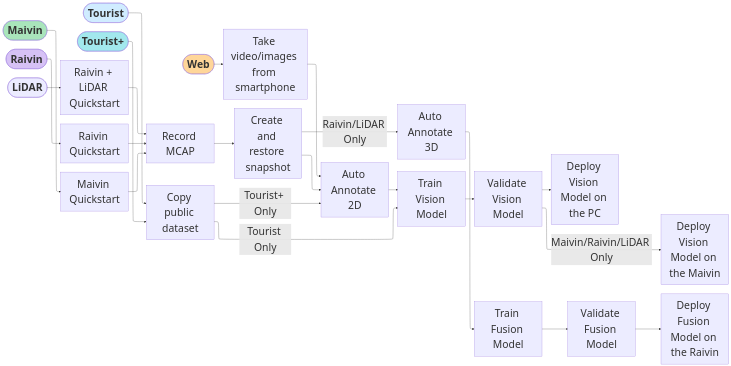
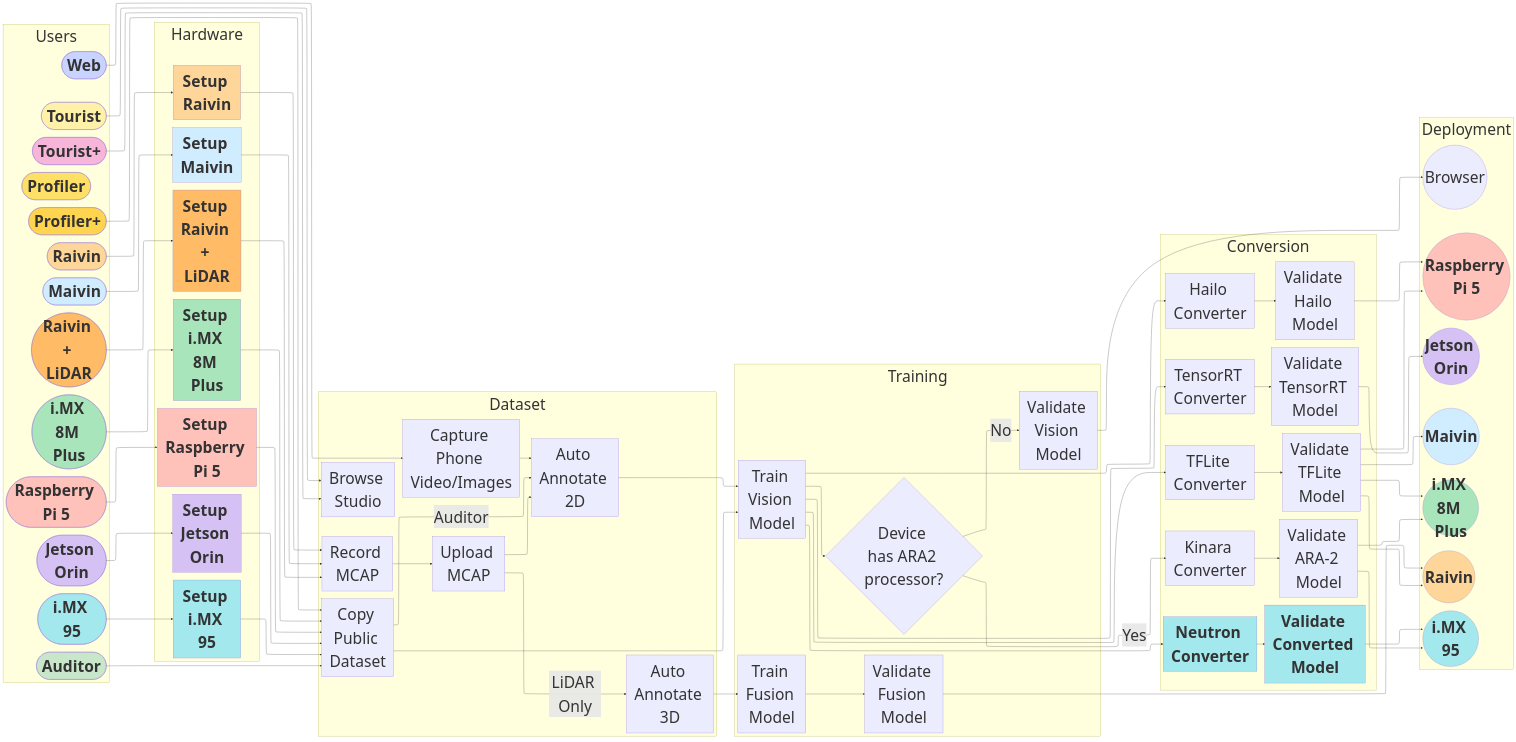
The second of 2 diagrams in docs/getting_started/workflows/index.md (EdgeFirstAI/documentation), drawn with Mermaid before and after one commit. The commit also changed other lines of this file and 780 other files, not shown here.

````diff
--- a/docs/getting_started/workflows/index.md
+++ b/docs/getting_started/workflows/index.md
@@ -75,68 +120,260 @@
 ```mermaid
-%%{init: {"flowchart": {"defaultRenderer": "elk"}} }%%
-%%{init: {"themeVariables": { "fontSize": "40px" }}}%%
+%%{init: {"flowchart": {"defaultRenderer": "elk", "nodeSpacing": 60, "rankSpacing": 80}, "elk": {"algorithm": "layered", "elk.spacing.nodeNode": 40, "elk.layered.spacing.nodeNodeBetweenLayers": 80}, "themeVariables": { "fontSize": "60px" }} }%%
 flowchart LR
-    %% User Definitions
-    tourist([Tourist]):::blue
-    tourist_plus([Tourist+]):::teal
-    web_user([Web]):::orange
-    maivin_user([Maivin]):::green
-    raivin_user([Raivin]):::purple
-    raivin_lidar_user([LiDAR]):::coral
+    %% ---------------- USERS ----------------
+    subgraph Users
+    direction TB
+    users_pad[" "]:::invisible
+    tourist([Tourist]):::yellow
+    click tourist "tourist" "Open Tourist Workflow"
 
+    tourist_plus([Tourist+]):::pink
+    click tourist_plus "tourist_plus" "Open Tourist Plus Workflow"
+
+    profiler_user([Profiler]):::gold
+    click profiler_user "profiler" "Open Profiler Workflow"
+
+    profiler_plus_user([Profiler+]):::amber
+    click profiler_plus_user "profiler_plus" "Open Profiler Plus Workflow"
+
+    auditor_user([Auditor]):::sage
+    click auditor_user "auditor" "Open Auditor Workflow"
+
+    web_user([Web]):::indigo
+    click web_user "web" "Open Web Workflow"
+
+    maivin_user([Maivin]):::blue
+    click maivin_user "/platforms/quickstart/maivin/" "Open Maivin Workflow"
+
+    raivin_user([Raivin]):::orange
+    click raivin_user "/platforms/quickstart/raivin/" "Open Raivin Workflow"
+
+    raivin_lidar_user([Raivin + LiDAR]):::darker_orange
+
+    imx8mp_user([i.MX 8M Plus]):::green
+    click imx8mp_user "/platforms/quickstart/imx8mplus/" "Open i.MX 8M Plus Workflow"
+
+    imx95_user([i.MX 95]):::teal
+    click imx95_user "/platforms/quickstart/imx95/" "Open i.MX 95 Workflow"
+
+    orin_user([Jetson Orin]):::purple
+    click orin_user "/platforms/quickstart/jetson_orin/" "Open Jetson Orin Workflow"
+
+    pi_user([Raspberry Pi 5]):::coral
+    click pi_user "/platforms/quickstart/raspberrypi/" "Open Raspberry Pi Workflow"
+    end
+
+    %% ---------------- HARDWARE ----------------
+    subgraph Hardware
+    direction TB
+    setup_pad[" "]:::invisible
+    raivin_lidar_setup[Setup Raivin + LiDAR]:::darker_orange
+    click raivin_lidar_setup "../../platforms/quickstart/raivin/setup" "Open Raivin Setup"
+
+    raivin_setup[Setup Raivin]:::orange
+    click raivin_setup "../../platforms/quickstart/raivin/setup" "Open Raivin Setup"
+
+    maivin_setup[Setup Maivin]:::blue
+    click maivin_setup "../../platforms/quickstart/maivin/setup" "Open Maivin Setup"
+
+    imx8mp_setup[Setup i.MX 8M Plus]:::green
+    click imx8mp_setup "../../platforms/quickstart/imx8mplus/setup" "Open i.MX 8M Plus Setup"
+
+    imx95_setup[Setup i.MX 95]:::teal
+    click imx95_setup "../../platforms/quickstart/imx95/setup" "Open i.MX 95 Setup"
+
+    orin_setup[Setup Jetson Orin]:::purple
+    click orin_setup "../../platforms/quickstart/jetson_orin/setup" "Open Jetson Orin Setup"
+
+    pi_setup[Setup Raspberry Pi 5]:::coral
+    click pi_setup "../../platforms/quickstart/raspberrypi/setup" "Open Raspberry Pi Setup"
+    end
+
+    %% ---------------- DATA ----------------
+    subgraph Dataset
+    direction TB
+    record_mcap[Record MCAP]
+    click record_mcap "../../datasets/tutorials/capture/#record-mcap" "Record MCAP"
+
+    capture[Capture Phone Video/Images]
+    click capture "../../datasets/tutorials/capture/#capture-with-a-phone" "Capture Phone Video/Images"
+    
+    snapshot[Upload MCAP]
+    click snapshot "../../datasets/tutorials/capture/#upload-mcap" "Upload MCAP"
+
+    copy_dataset[Copy Public Dataset]
+    click copy_dataset "../copy_dataset" "Copy Public Dataset"
+
+    audit_2d[Auto Annotate 2D]
+    click audit_2d "../../datasets/tutorials/annotations/automatic/" "Auto Annotate 2D"
+
+    audit_3d[Auto Annotate 3D]
+    click audit_3d "../../datasets/tutorials/annotations/automatic/" "Auto Annotate 3D"
+
+    browse_studio[Browse Studio]
+    end
+
+    %% ---------------- TRAINING + CONVERSION ----------------
+    subgraph TrainConvert[" "]
+    direction TB
+        %% ---------------- TRAINING ----------------
+        subgraph Training
+        direction TB
+        training_pad[" "]:::invisible
+        train_2d[Train Vision Model]
+        click train_2d "../../models/training/vision" "Open Training Vision"
+
+        ara2{Device has ARA2 processor?}
+        validate_2d[Validate Vision Model]
+        click validate_2d "../../models/validation/vision/user_managed" "Open Validating Vision"
+
+        train_3d[Train Fusion Model]
+        click train_3d "../../models/training/fusion" "Open Training Fusion"
+
+        validate_3d[Validate Fusion Model]
+        click validate_3d "../../models/validation/fusion/managed" "Open Validating Fusion"
+        training_pad_bottom[" "]:::invisible
+        end
+
+        %% ---------------- CONVERSION ----------------
+        subgraph Conversion
+        direction TB
+        conversion_pad[" "]:::invisible
+        tflite_converter[TFLite Converter]
+        click tflite_converter "../../models/conversion/tflite/" "Open TFLite Converter"
+
+        hailo_converter[Hailo Converter]
+        click hailo_converter "../../models/conversion/hailo/" "Open Hailo Converter"
+
+        tensorrt_converter[TensorRT Converter]
+        click tensorrt_converter "../../models/conversion/tensorrt/" "Open TensorRT Converter"
+
+        neutron_converter[Neutron Converter]:::teal
+        click neutron_converter "../../models/conversion/neutron/" "Open Neutron Converter"
+
+        kinara_converter[Kinara Converter]
+        click kinara_converter "../../models/conversion/ara2/" "Open Kinara Converter"
+
+        validate_tflite[Validate TFLite Model]
+        click validate_tflite "../../models/validation/vision/user_managed" "Open Validating Vision"
+
+        validate_hailo[Validate Hailo Model]
+        click validate_hailo "../../models/validation/vision/user_managed" "Open Validating Vision"
+
+        validate_tensorrt[Validate TensorRT Model]
+        click validate_tensorrt "../../models/validation/vision/user_managed" "Open Validating Vision"
+
+        validate_ara2[Validate ARA-2 Model]
+        click validate_ara2 "../../models/validation/vision/user_managed" "Open Validating Vision"
+
+        validate_imx95[Validate Converted Model]:::teal
+        click validate_imx95 "../../models/validation/vision/user_managed" "Open Validating Vision"
+        conversion_pad_bottom[" "]:::invisible
+        end
+    end
+
+    %% ---------------- DEPLOYMENT ----------------
+    subgraph Deployment
+    direction LR
+    deploy_pad[" "]:::invisible
+    raivin((Raivin)):::orange
+    click raivin "../../platforms/quickstart/raivin/deploy" "Open Raivin Deploy"
+
+    maivin((Maivin)):::blue
+    click maivin "../../platforms/quickstart/maivin/deploy" "Open Maivin Deploy"
+
+    imx8mp((i.MX 8M Plus)):::green
+    click imx8mp "../../platforms/quickstart/imx8mplus/deploy" "Open i.MX 8M Plus Deploy"
+
+    orin((Jetson Orin)):::purple
+    click orin "../../platforms/quickstart/jetson_orin/deploy" "Open Jetson Orin Deploy"
+
+    pi((Raspberry Pi 5)):::coral
+    click pi "../../platforms/quickstart/raspberrypi/deploy" "Open Raspberry Pi Deploy"
+
+    browser((Browser))
+    click browser "../../models/deployment/studio/" "Open Browser Deploy"
+
+    imx95((i.MX 95)):::teal
+    click imx95 "../../platforms/quickstart/imx95/deploy" "Open i.MX 95 Deploy"
+    deployment_pad_bottom[" "]:::invisible
+    end
+
+    %% ---------------- USER → SETUP ----------------
+    raivin_lidar_user --> raivin_lidar_setup
+    raivin_user --> raivin_setup
+    maivin_user --> maivin_setup
+    imx8mp_user --> imx8mp_setup
+    imx95_user --> imx95_setup
+    orin_user --> orin_setup
+    pi_user --> pi_setup
+
+    %% ---------------- SETUP → DATA ----------------
+    raivin_lidar_setup --> record_mcap
+    raivin_setup --> record_mcap
+    maivin_setup --> record_mcap
+    web_user --> capture
+
+    imx8mp_setup --> copy_dataset
+    imx95_setup --> copy_dataset
+    orin_setup --> copy_dataset
+    pi_setup --> copy_dataset
+    tourist --> browse_studio
+    tourist_plus --> browse_studio
+    auditor_user --> copy_dataset
+    profiler_plus_user --> copy_dataset
+
+    %% ---------------- DATA FLOW ----------------
+    record_mcap --> snapshot
+    snapshot --> audit_2d --> train_2d
+    snapshot -- LiDAR Only --> audit_3d --> train_3d
+
+    capture --> audit_2d
+    copy_dataset --> train_2d
+    copy_dataset -- Auditor --> audit_2d
+
+    %% ---------------- TRAINING PIPELINE ----------------
+    train_2d --> ara2
+    ara2 -- Yes --> kinara_converter --> validate_ara2
+    ara2 -- No --> validate_2d
+
+    train_2d --> neutron_converter --> validate_imx95
+    train_2d --> tflite_converter --> validate_tflite
+    train_2d --> hailo_converter --> validate_hailo
+    train_2d --> tensorrt_converter --> validate_tensorrt
+    train_3d --> validate_3d
+
+    %% ---------------- DEPLOYMENT ----------------
+    validate_2d --> browser
+    validate_tflite --> maivin
+    validate_tflite --> imx8mp
+    validate_tflite --> pi
+    validate_tflite --> raivin
+
+    validate_hailo --> pi
+
+    validate_tensorrt --> orin
+
+    validate_ara2 --> imx8mp
+    validate_ara2 --> imx95
+
+    validate_3d --> raivin
+    validate_imx95 --> imx95
+
+    %% ---------------- STYLES ----------------
+    classDef yellow fill:#fff2a8,font-weight:bold;
+    classDef pink fill:#f7b6d9,font-weight:bold;
+    classDef indigo fill:#c8d3ff,font-weight:bold;
     classDef blue fill:#d0ecff,font-weight:bold;
     classDef teal fill:#a2e8ed,font-weight:bold;
     classDef orange fill:#ffd699,font-weight:bold;
+    classDef darker_orange fill:#ffbb66,font-weight:bold;
     classDef green fill:#a9e5bb,font-weight:bold;
     classDef purple fill:#d6c1f5,font-weight:bold;
-    classDef coral fill:#ffc2b,font-weight:bold;
-    classDef all fill:#f0e6f5,font-weight:bold;
-
-    %% Hardware Definitions
-    raivin_lidar_hardware[Raivin + LiDAR Quickstart]
-    raivin_hardware[Raivin Quickstart]
-    maivin_hardware[Maivin Quickstart]
-
-    %% Dataset Definitions
-    record_mcap[Record MCAP]
-    capture[Take video/images from smartphone]
-    snapshot[Create and restore snapshot]
-    copy_dataset[Copy public dataset]
-    audit_3d[Auto Annotate 3D]
-    audit_2d[Auto Annotate 2D]
-
-    %% Model Definitions [train, validate, deploy 2D and 3D]
-    train_2d[Train Vision Model]
-    validate_2d[Validate Vision Model]
-    jupyter_2d[Deploy Vision Model on the PC]
-    maivin_2d[Deploy Vision Model on the Maivin]
-
-    train_3d[Train Fusion Model]
-    validate_3d[Validate Fusion Model]
-    raivin_3d[Deploy Fusion Model on the Raivin]
-
-    %% Flowchart Starting Points
-    raivin_lidar_user --> raivin_lidar_hardware --> record_mcap
-    raivin_user --> raivin_hardware --> record_mcap
-    maivin_user --> maivin_hardware --> record_mcap
-    web_user --> capture
-    tourist_plus --> copy_dataset
-    tourist --> copy_dataset
-
-    %% Flowchart Dataset Processes
-    record_mcap --> snapshot 
-    snapshot --> audit_2d --> train_2d
-    snapshot --Raivin/LiDAR Only--> audit_3d --> train_3d
-    capture --> audit_2d
-    copy_dataset --Tourist+ Only--> audit_2d 
-    copy_dataset --Tourist Only--> train_2d
-
-    %% Flowchart Model Processes
-    train_2d --> validate_2d 
-    validate_2d --> jupyter_2d
-    validate_2d --Maivin/Raivin/LiDAR Only--> maivin_2d
-    train_3d --> validate_3d --> raivin_3d
-
-    %% linkStyle 0 stroke:#ff6f61
-    %% linkStyle 1 stroke:#ff6f61
+    classDef coral fill:#ffc2bb,font-weight:bold;
+    classDef gold fill:#ffe066,font-weight:bold;
+    classDef amber fill:#ffd54f,font-weight:bold;
+    classDef sage fill:#c8e6c9,font-weight:bold;
+    classDef invisible fill:transparent,stroke:transparent;
+    style TrainConvert fill:transparent,stroke:transparent;
 ```
````
